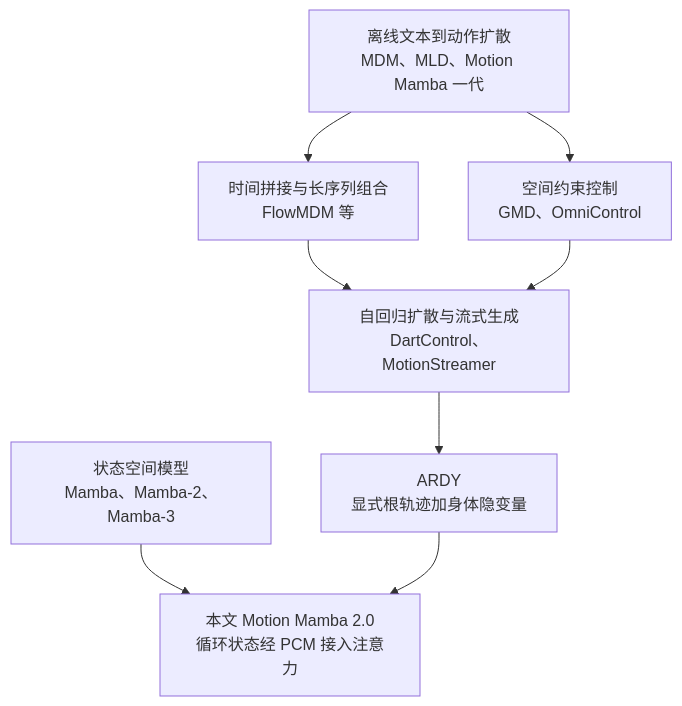
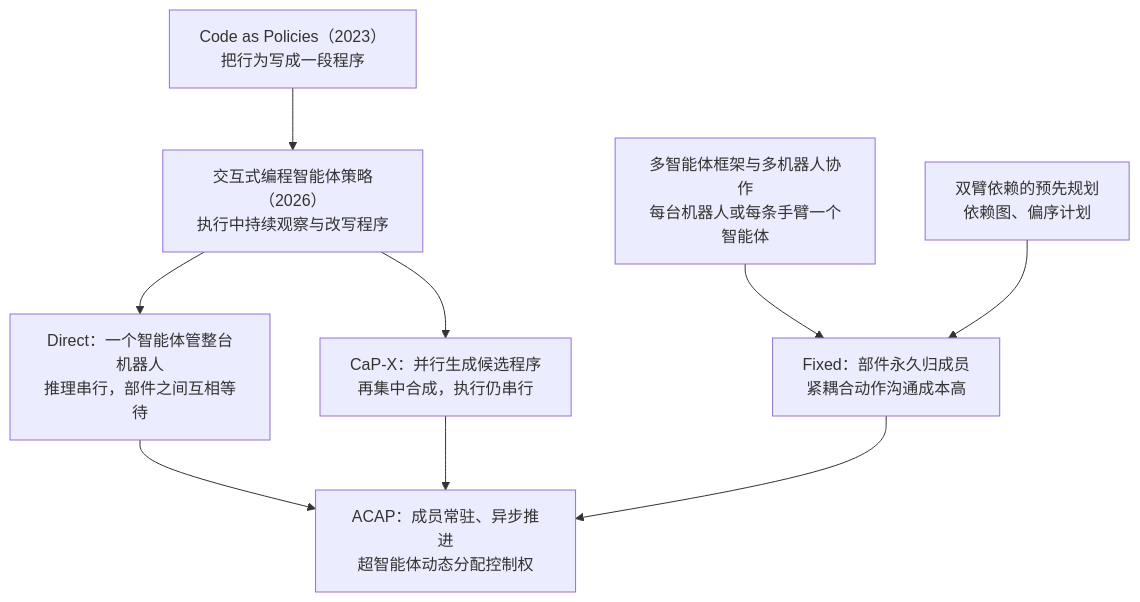
One commit to yingwang/paper-reads changed the first of 5 diagrams in docs/index.md. Above: the diagram before and after it, drawn with Mermaid. The commit also changed other lines of this file and 2 other files, not shown here.

First line of the commit message:
Add 2026-11-25-acap-asynchronous-coding-agents-robot-control

````diff
--- a/docs/index.md
+++ b/docs/index.md
@@ -60,10 +71,11 @@
 ```mermaid
-flowchart TB
-    A["离线文本到动作扩散<br/>MDM、MLD、Motion Mamba 一代"] --> B["时间拼接与长序列组合<br/>FlowMDM 等"]
-    A --> C["空间约束控制<br/>GMD、OmniControl"]
-    B --> D["自回归扩散与流式生成<br/>DartControl、MotionStreamer"]
-    C --> D
-    D --> E["ARDY<br/>显式根轨迹加身体隐变量"]
-    F["状态空间模型<br/>Mamba、Mamba-2、Mamba-3"] --> G["本文 Motion Mamba 2.0<br/>循环状态经 PCM 接入注意力"]
-    E --> G
+flowchart TD
+    A["Code as Policies（2023）<br/>把行为写成一段程序"] --> B["交互式编程智能体策略（2026）<br/>执行中持续观察与改写程序"]
+    B --> C["Direct：一个智能体管整台机器人<br/>推理串行，部件之间互相等待"]
+    B --> D["CaP-X：并行生成候选程序<br/>再集中合成，执行仍串行"]
+    E["多智能体框架与多机器人协作<br/>每台机器人或每条手臂一个智能体"] --> F["Fixed：部件永久归成员<br/>紧耦合动作沟通成本高"]
+    G["双臂依赖的预先规划<br/>依赖图、偏序计划"] --> F
+    C --> H["ACAP：成员常驻、异步推进<br/>超智能体动态分配控制权"]
+    D --> H
+    F --> H
 ```
````
